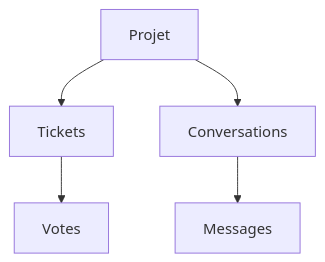
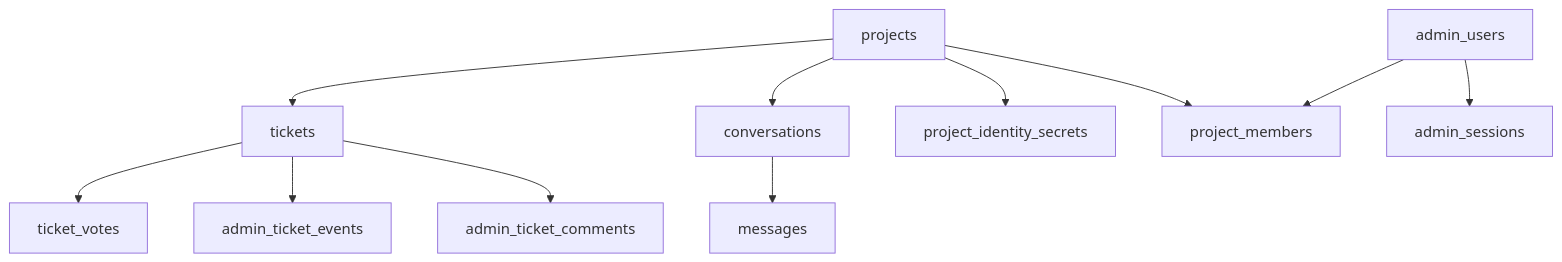
The diagram in docs/schema-base-donnees.md (Wifsimster/koe), drawn with Mermaid before and after one commit. The commit also changed other lines of this file and 5 other files, not shown here.

````diff
--- a/docs/schema-base-donnees.md
+++ b/docs/schema-base-donnees.md
@@ -14,7 +15,13 @@
 ```mermaid
 graph TD
-    A[Projet] --> B[Tickets]
-    B --> C[Votes]
-    A --> D[Conversations]
-    D --> E[Messages]
+    P[projects] --> T[tickets]
+    T --> V[ticket_votes]
+    T --> AE[admin_ticket_events]
+    T --> AC[admin_ticket_comments]
+    P --> C[conversations]
+    C --> M[messages]
+    P --> PIS[project_identity_secrets]
+    P --> PM[project_members]
+    AU[admin_users] --> PM
+    AU --> AS[admin_sessions]
 ```
````
